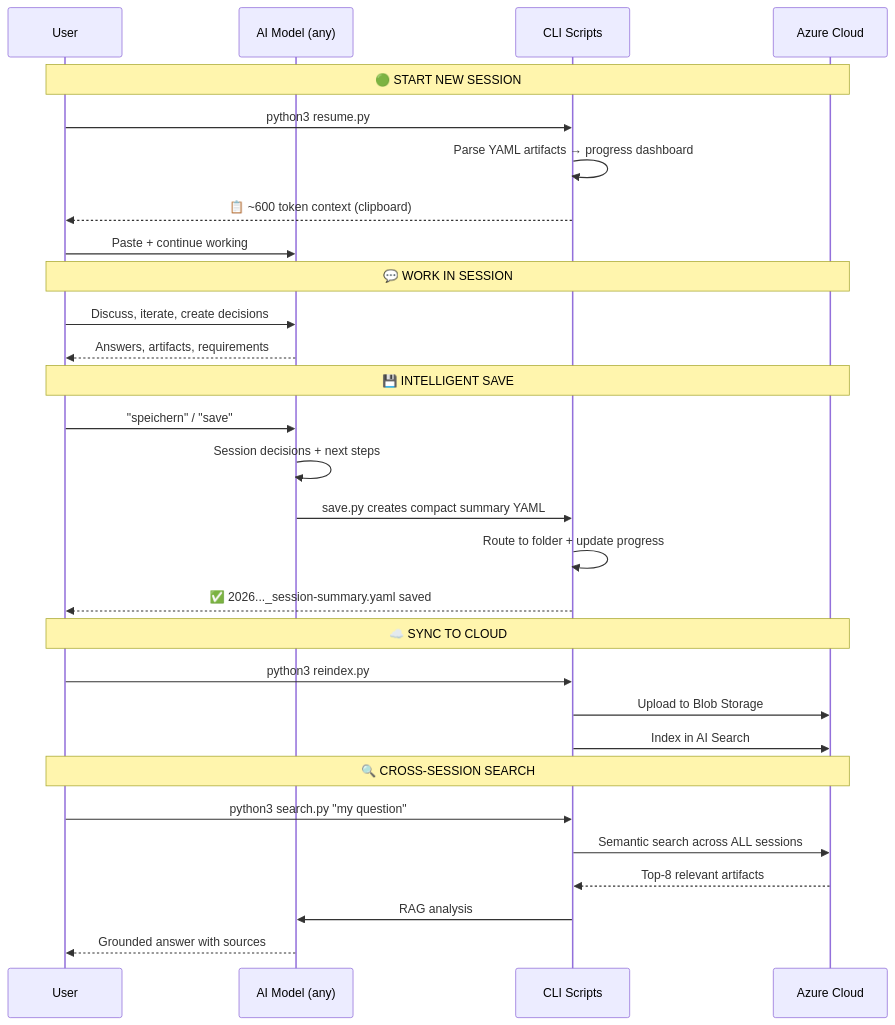
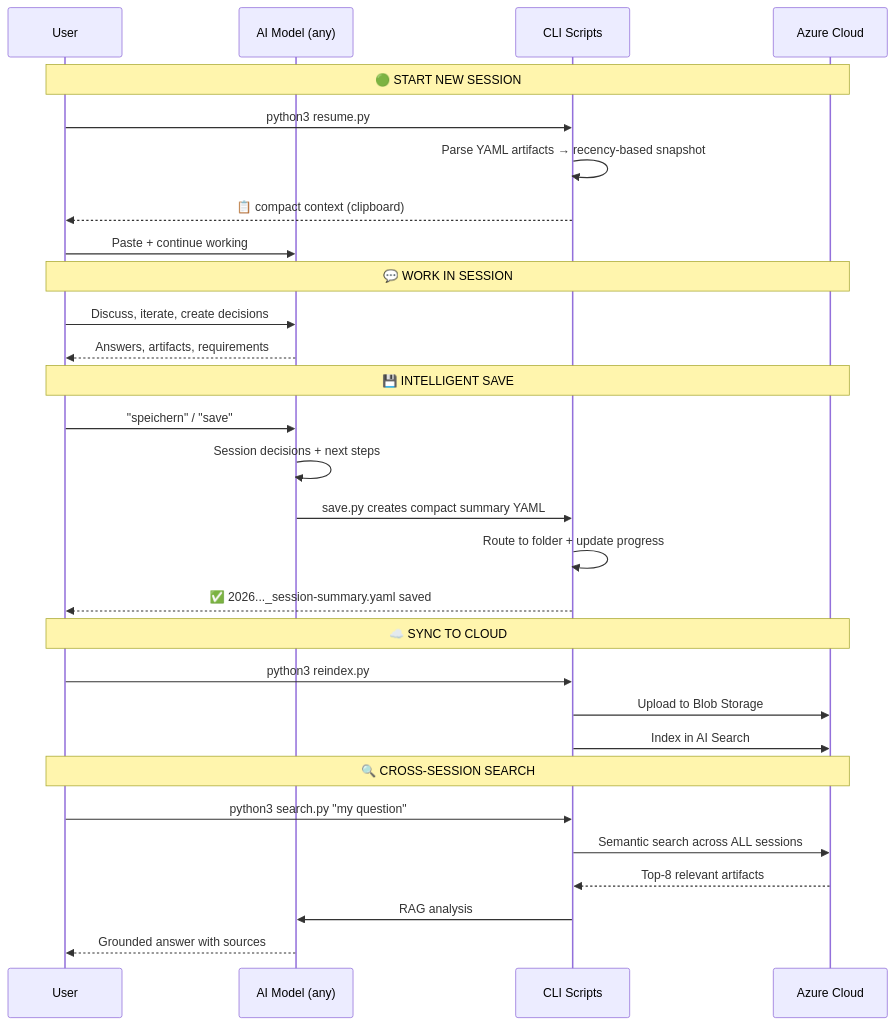
The third of 3 diagrams in README.md (codingwithgokul/ai-context-vault), drawn with Mermaid before and after one commit. The commit also changed other lines of this file and 3 other files, not shown here.

````diff
--- a/README.md
+++ b/README.md
@@ -161,36 +161,36 @@
 ```mermaid
 sequenceDiagram
     participant User
     participant AI as AI Model (any)
     participant Scripts as CLI Scripts
     participant Azure as Azure Cloud
 
     Note over User,Azure: 🟢 START NEW SESSION
     User->>Scripts: python3 resume.py
-    Scripts->>Scripts: Parse YAML artifacts → progress dashboard
-    Scripts-->>User: 📋 ~600 token context (clipboard)
+    Scripts->>Scripts: Parse YAML artifacts → recency-based snapshot
+    Scripts-->>User: 📋 compact context (clipboard)
     User->>AI: Paste + continue working
 
     Note over User,Azure: 💬 WORK IN SESSION
     User->>AI: Discuss, iterate, create decisions
     AI-->>User: Answers, artifacts, requirements
 
     Note over User,Azure: 💾 INTELLIGENT SAVE
     User->>AI: "speichern" / "save"
     AI->>AI: Session decisions + next steps
     AI->>Scripts: save.py creates compact summary YAML
     Scripts->>Scripts: Route to folder + update progress
     Scripts-->>User: ✅ 2026..._session-summary.yaml saved
 
     Note over User,Azure: ☁️ SYNC TO CLOUD
     User->>Scripts: python3 reindex.py
     Scripts->>Azure: Upload to Blob Storage
     Scripts->>Azure: Index in AI Search
 
     Note over User,Azure: 🔍 CROSS-SESSION SEARCH
     User->>Scripts: python3 search.py "my question"
     Scripts->>Azure: Semantic search across ALL sessions
     Azure-->>Scripts: Top-8 relevant artifacts
     Scripts->>AI: RAG analysis
     AI-->>User: Grounded answer with sources
 ```
````
